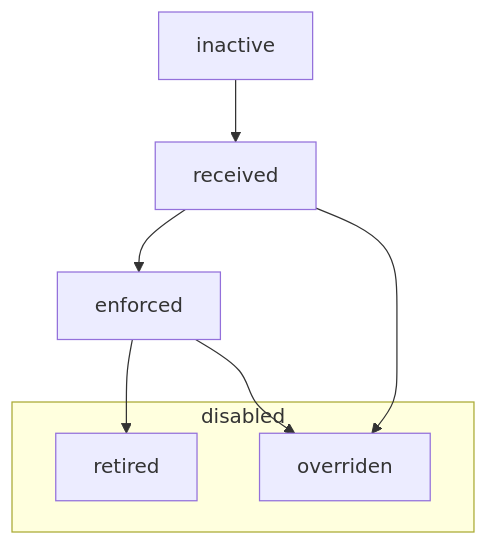
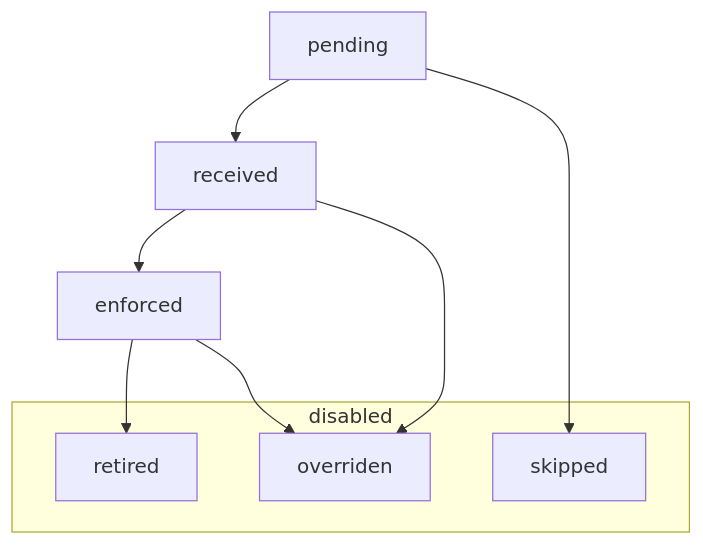
The second of 2 diagrams in content/docs/reference/design-docs/running-time-calculation/_index.en.md (OpenRailAssociation/osrd-website), drawn with Mermaid before and after one commit.

Commit message:
add the skipped state

````diff
--- a/content/docs/reference/design-docs/running-time-calculation/_index.en.md
+++ b/content/docs/reference/design-docs/running-time-calculation/_index.en.md
@@ -135,14 +135,16 @@
 ```mermaid
 flowchart TD
 
 subgraph disabled
+    skipped
     retired
     overriden
 end
 
-inactive --> received
+pending --> received
+pending --> skipped
 received --> enforced
 received --> overriden
 enforced --> retired
 enforced --> overriden
 ```
````
